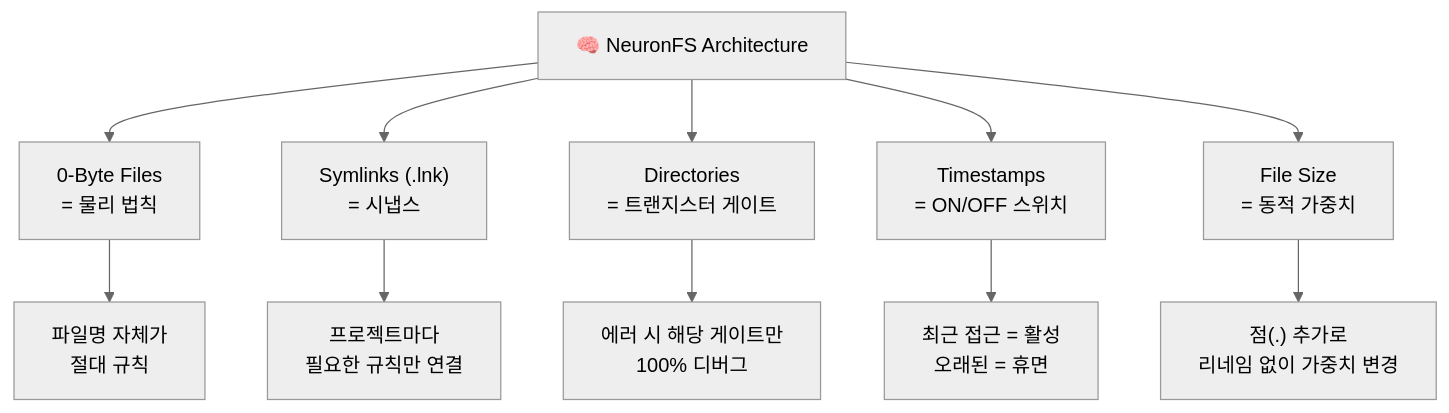
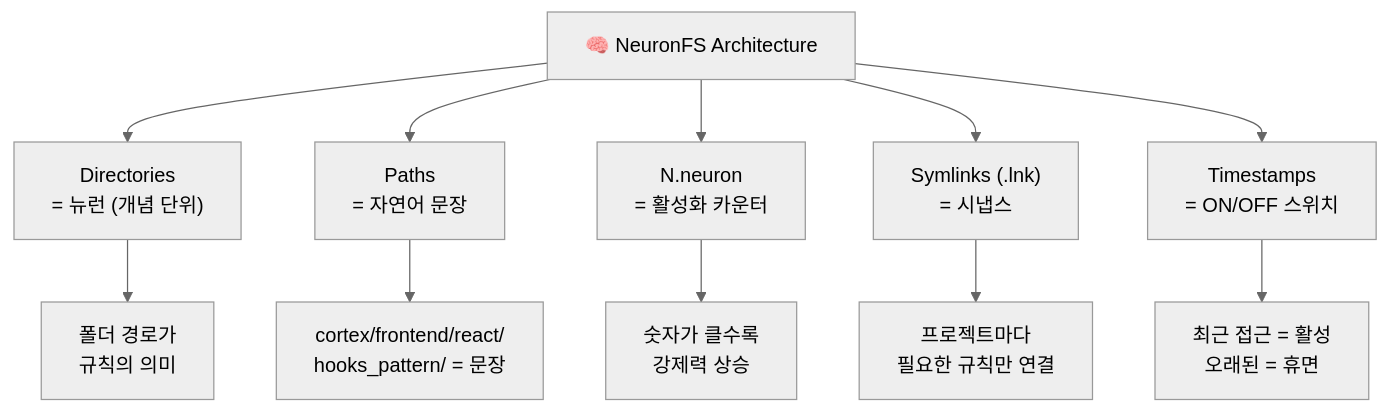
Before and after one commit to rhino-acoustic/NeuronFS: the first of 4 diagrams in MANIFESTO.md, drawn with Mermaid (neutral theme). The commit also changed other lines of this file and 3 other files, not shown here.

````diff
--- a/MANIFESTO.md
+++ b/MANIFESTO.md
@@ -254,14 +229,14 @@
 ```mermaid
 graph TD
-    A["🧠 NeuronFS Architecture"] --> B["0-Byte Files<br/>= 물리 법칙"]
-    A --> C["Symlinks (.lnk)<br/>= 시냅스"]
-    A --> D["Directories<br/>= 트랜지스터 게이트"]
-    A --> E["Timestamps<br/>= ON/OFF 스위치"]
-    A --> F["File Size<br/>= 동적 가중치"]
+    A["🧠 NeuronFS Architecture"] --> B["Directories<br/>= 뉴런 (개념 단위)"]
+    A --> C["Paths<br/>= 자연어 문장"]
+    A --> D["N.neuron<br/>= 활성화 카운터"]
+    A --> E["Symlinks (.lnk)<br/>= 시냅스"]
+    A --> F["Timestamps<br/>= ON/OFF 스위치"]
     
-    B --> G["파일명 자체가<br/>절대 규칙"]
-    C --> H["프로젝트마다<br/>필요한 규칙만 연결"]
-    D --> I["에러 시 해당 게이트만<br/>100% 디버그"]
-    E --> J["최근 접근 = 활성<br/>오래된 = 휴면"]
-    F --> K["점(.) 추가로<br/>리네임 없이 가중치 변경"]
+    B --> G["폴더 경로가<br/>규칙의 의미"]
+    C --> H["cortex/frontend/react/<br/>hooks_pattern/ = 문장"]
+    D --> I["숫자가 클수록<br/>강제력 상승"]
+    E --> J["프로젝트마다<br/>필요한 규칙만 연결"]
+    F --> K["최근 접근 = 활성<br/>오래된 = 휴면"]
 ```
````
